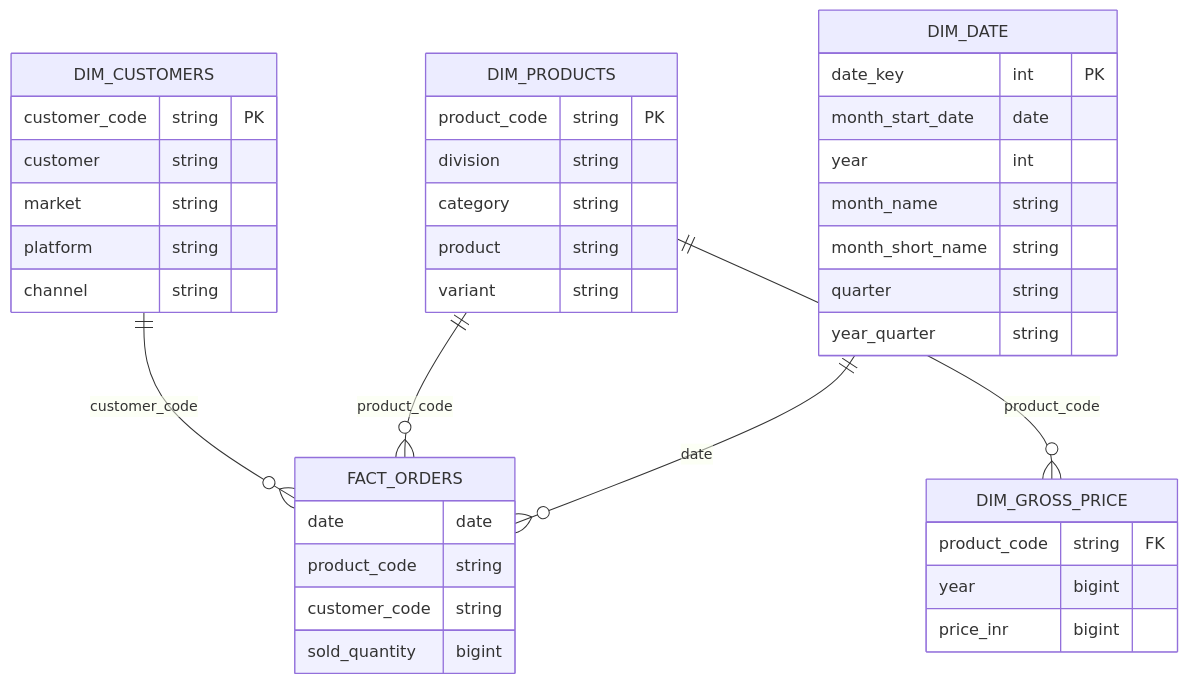
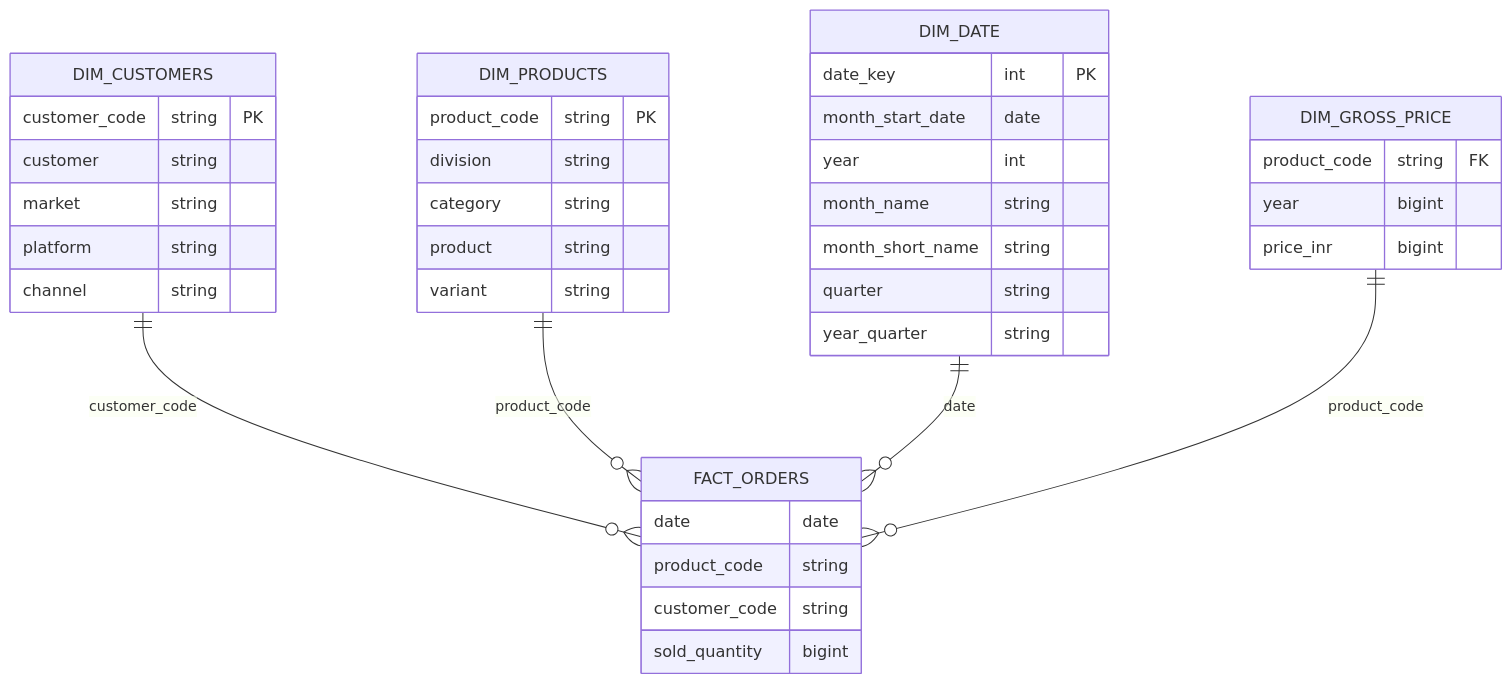
One commit to itsSwapnil/databricks-fmcg-medallion-architecture-delta-lake changed the diagram in README.md. Above: the diagram before and after it, drawn with Mermaid. The commit also changed other lines of this file, not shown here.

First line of the commit message:
Fix relationships in Gold layer ER-Diagram

````diff
--- a/README.md
+++ b/README.md
@@ -127,47 +128,47 @@
 ```mermaid
 erDiagram
 
     FACT_ORDERS {
         date date
         product_code string
         customer_code string
         sold_quantity bigint
     }
 
     DIM_CUSTOMERS {
         customer_code string PK
         customer string
         market string
         platform string
         channel string
     }
 
     DIM_PRODUCTS {
         product_code string PK
         division string
         category string
         product string
         variant string
     }
 
     DIM_GROSS_PRICE {
         product_code string FK
         year bigint
         price_inr bigint
     }
 
     DIM_DATE {
         date_key int PK
         month_start_date date
         year int
         month_name string
         month_short_name string
         quarter string
         year_quarter string
     }
 
     DIM_CUSTOMERS ||--o{ FACT_ORDERS : customer_code
     DIM_PRODUCTS  ||--o{ FACT_ORDERS : product_code
     DIM_DATE      ||--o{ FACT_ORDERS : date
-    DIM_PRODUCTS  ||--o{ DIM_GROSS_PRICE : product_code
+    DIM_GROSS_PRICE  ||--o{ FACT_ORDERS : product_code
 ```
````
